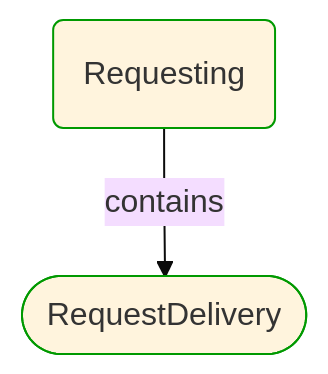
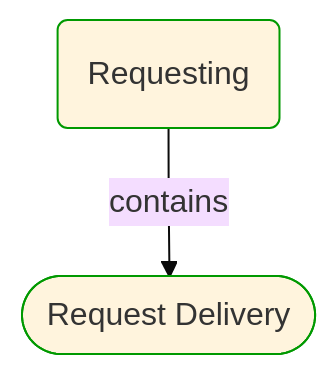
Before and after one commit to itlibrium/DDD-starter-dotnet: the third of 3 diagrams in Docs/P3/MermaidOutput/Domain/Concepts/ProductsDelivery/Requesting/Requesting.md, drawn with Mermaid (base theme). The commit also changed other lines of this file and 51 other files, not shown here.

````diff
--- a/Docs/P3/MermaidOutput/Domain/Concepts/ProductsDelivery/Requesting/Requesting.md
+++ b/Docs/P3/MermaidOutput/Domain/Concepts/ProductsDelivery/Requesting/Requesting.md
@@ -53,11 +53,11 @@
 ```mermaid
   flowchart TB
     0(Requesting)
     class 0 DomainPerspective
-    1([RequestDelivery])
+    1([Request Delivery])
     class 1 DomainPerspective
     0-->|contains|1
     classDef DomainPerspective stroke:#009900
     classDef TechnologyPerspective stroke:#1F41EB
     classDef PeoplePerspective stroke:#FFF014
 ```
````
